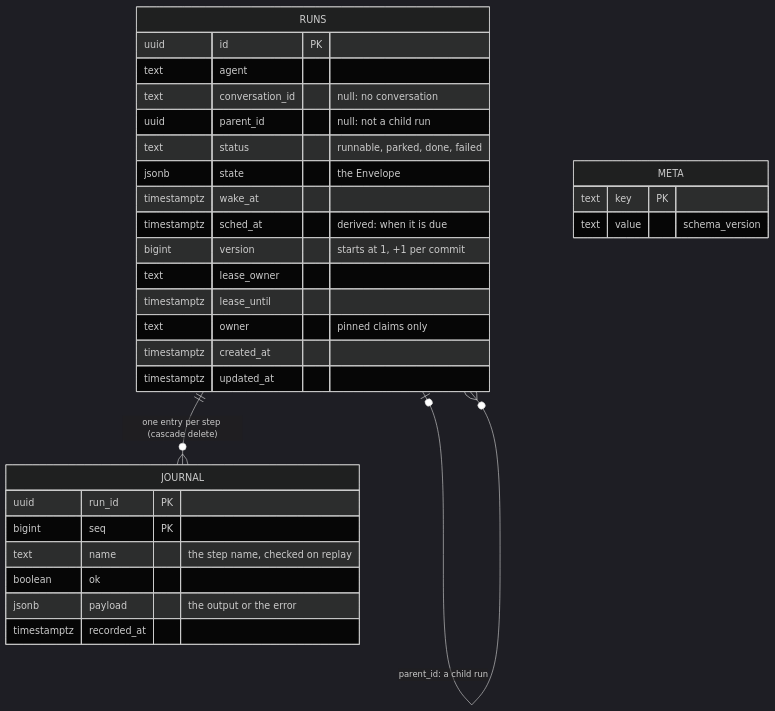
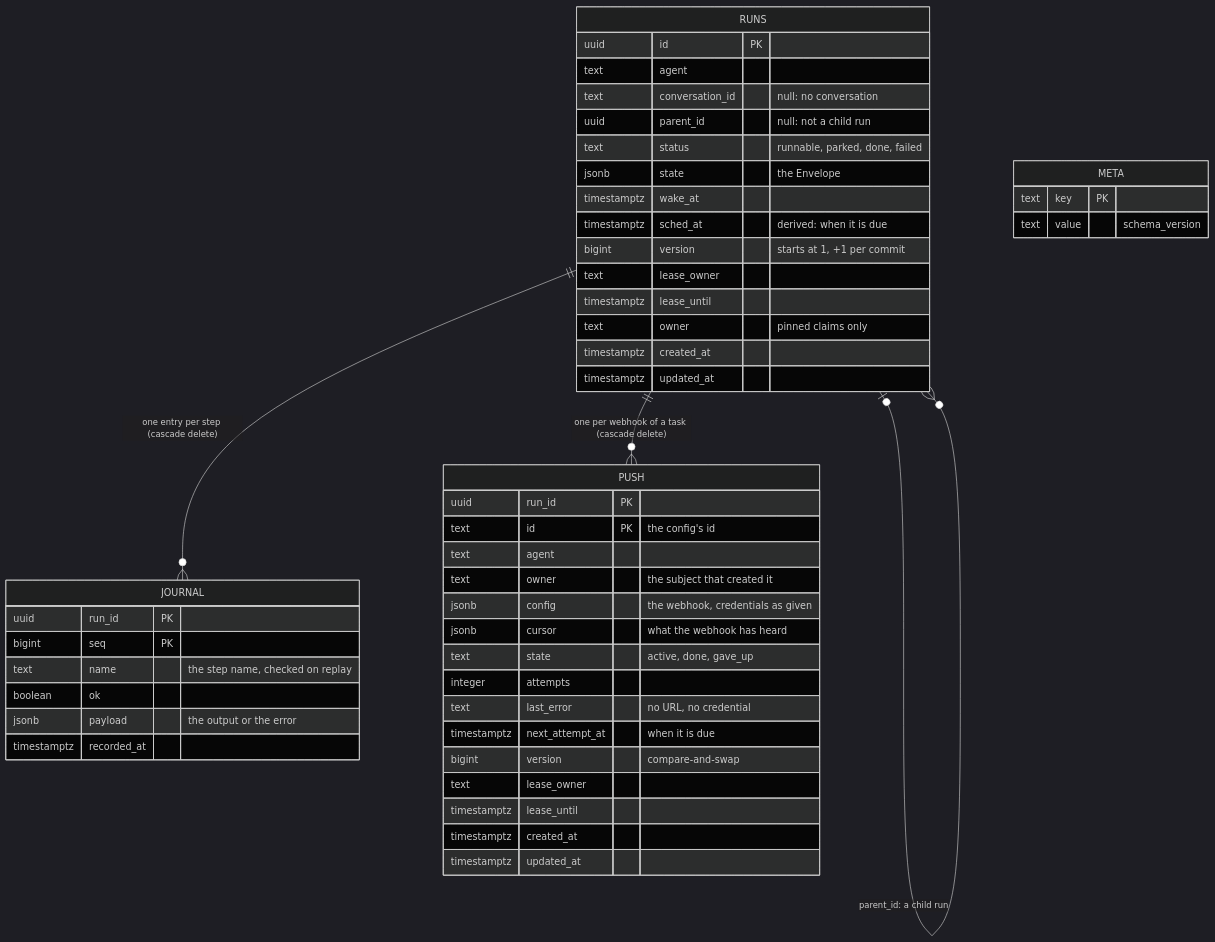
One commit to vymalo/another-adam-rs changed the tenth of 15 diagrams in docs/architecture.md. Above: the diagram before and after it, drawn with Mermaid (dark theme). The commit also changed other lines of this file and 84 other files, not shown here.

````diff
--- a/docs/architecture.md
+++ b/docs/architecture.md
@@ -535,33 +625,51 @@
 ```mermaid
 erDiagram
     RUNS ||--o{ JOURNAL : "one entry per step (cascade delete)"
+    RUNS ||--o{ PUSH : "one per webhook of a task (cascade delete)"
     RUNS |o--o{ RUNS : "parent_id: a child run"
     RUNS {
         uuid id PK
         text agent
         text conversation_id "null: no conversation"
         uuid parent_id "null: not a child run"
         text status "runnable, parked, done, failed"
         jsonb state "the Envelope"
         timestamptz wake_at
         timestamptz sched_at "derived: when it is due"
         bigint version "starts at 1, +1 per commit"
         text lease_owner
         timestamptz lease_until
         text owner "pinned claims only"
         timestamptz created_at
         timestamptz updated_at
     }
     JOURNAL {
         uuid run_id PK
         bigint seq PK
         text name "the step name, checked on replay"
         boolean ok
         jsonb payload "the output or the error"
         timestamptz recorded_at
     }
+    PUSH {
+        uuid run_id PK
+        text id PK "the config's id"
+        text agent
+        text owner "the subject that created it"
+        jsonb config "the webhook, credentials as given"
+        jsonb cursor "what the webhook has heard"
+        text state "active, done, gave_up"
+        integer attempts
+        text last_error "no URL, no credential"
+        timestamptz next_attempt_at "when it is due"
+        bigint version "compare-and-swap"
+        text lease_owner
+        timestamptz lease_until
+        timestamptz created_at
+        timestamptz updated_at
+    }
     META {
         text key PK
         text value "schema_version"
     }
 ```
````
